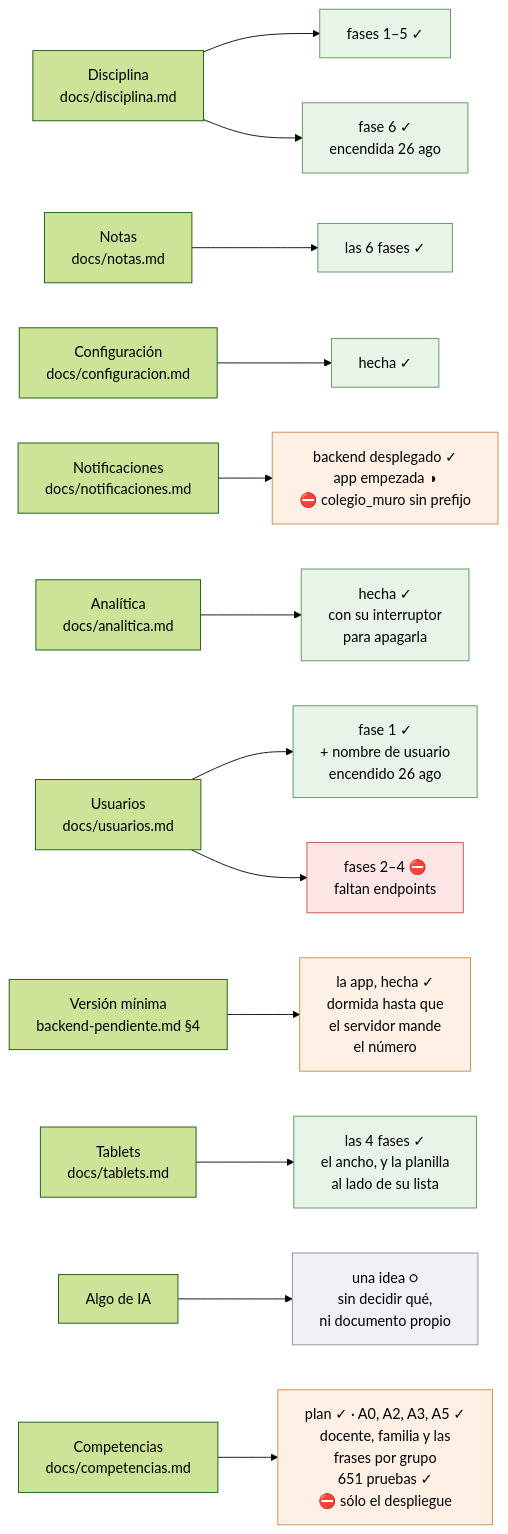
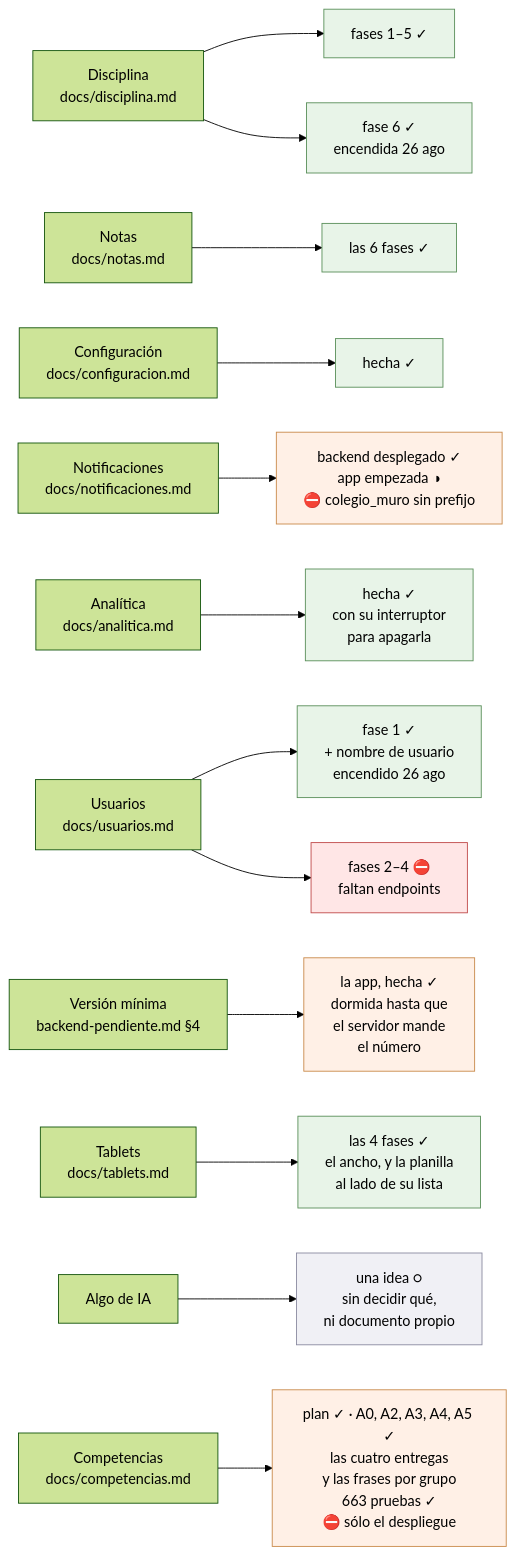
Before and after one commit to bluesky777/myvc_flutter: the diagram in docs/estado.md, drawn with Mermaid (forest theme). The commit also changed other lines of this file and 6 other files, not shown here.

First line of the commit message:
feat(competencias): traer el plan de otro periodo, y una frase de este repo que era falsa

````diff
--- a/docs/estado.md
+++ b/docs/estado.md
@@ -71,28 +71,28 @@
 ```mermaid
 flowchart LR
     D["Disciplina<br/>docs/disciplina.md"] --> D5["fases 1–5 ✓"]
     D --> D6["fase 6 ✓<br/>encendida 26 ago"]
     N["Notas<br/>docs/notas.md"] --> N4["las 6 fases ✓"]
     C["Configuración<br/>docs/configuracion.md"] --> C0["hecha ✓"]
     P["Notificaciones<br/>docs/notificaciones.md"] --> P0["backend desplegado ✓<br/>app empezada ◑<br/>⛔ colegio_muro sin prefijo"]
     A["Analítica<br/>docs/analitica.md"] --> A0["hecha ✓<br/>con su interruptor<br/>para apagarla"]
     U["Usuarios<br/>docs/usuarios.md"] --> U1["fase 1 ✓<br/>+ nombre de usuario<br/>encendido 26 ago"]
     U --> U2["fases 2–4 ⛔<br/>faltan endpoints"]
     V["Versión mínima<br/>backend-pendiente.md §4"] --> V1["la app, hecha ✓<br/>dormida hasta que<br/>el servidor mande<br/>el número"]
     T["Tablets<br/>docs/tablets.md"] --> T0["las 4 fases ✓<br/>el ancho, y la planilla<br/>al lado de su lista"]
     I["Algo de IA"] --> I0["una idea ○<br/>sin decidir qué,<br/>ni documento propio"]
-    K["Competencias<br/>docs/competencias.md"] --> K0["plan ✓ · A0, A2, A3, A5 ✓<br/>docente, familia y las<br/>frases por grupo<br/>651 pruebas ✓<br/>⛔ sólo el despliegue"]
+    K["Competencias<br/>docs/competencias.md"] --> K0["plan ✓ · A0, A2, A3, A4, A5 ✓<br/>las cuatro entregas<br/>y las frases por grupo<br/>663 pruebas ✓<br/>⛔ sólo el despliegue"]
 
     style D5 fill:#e8f4e8,stroke:#5a8f5a
     style N4 fill:#e8f4e8,stroke:#5a8f5a
     style D6 fill:#e8f4e8,stroke:#5a8f5a
     style P0 fill:#fff0e6,stroke:#c98a4b
     style C0 fill:#e8f4e8,stroke:#5a8f5a
     style A0 fill:#e8f4e8,stroke:#5a8f5a
     style U1 fill:#e8f4e8,stroke:#5a8f5a
     style U2 fill:#ffe6e6,stroke:#c04b4b
     style V1 fill:#fff0e6,stroke:#c98a4b
     style T0 fill:#e8f4e8,stroke:#5a8f5a
     style I0 fill:#f0f0f5,stroke:#8a8aa0
     style K0 fill:#fff0e6,stroke:#c98a4b
 ```
````
